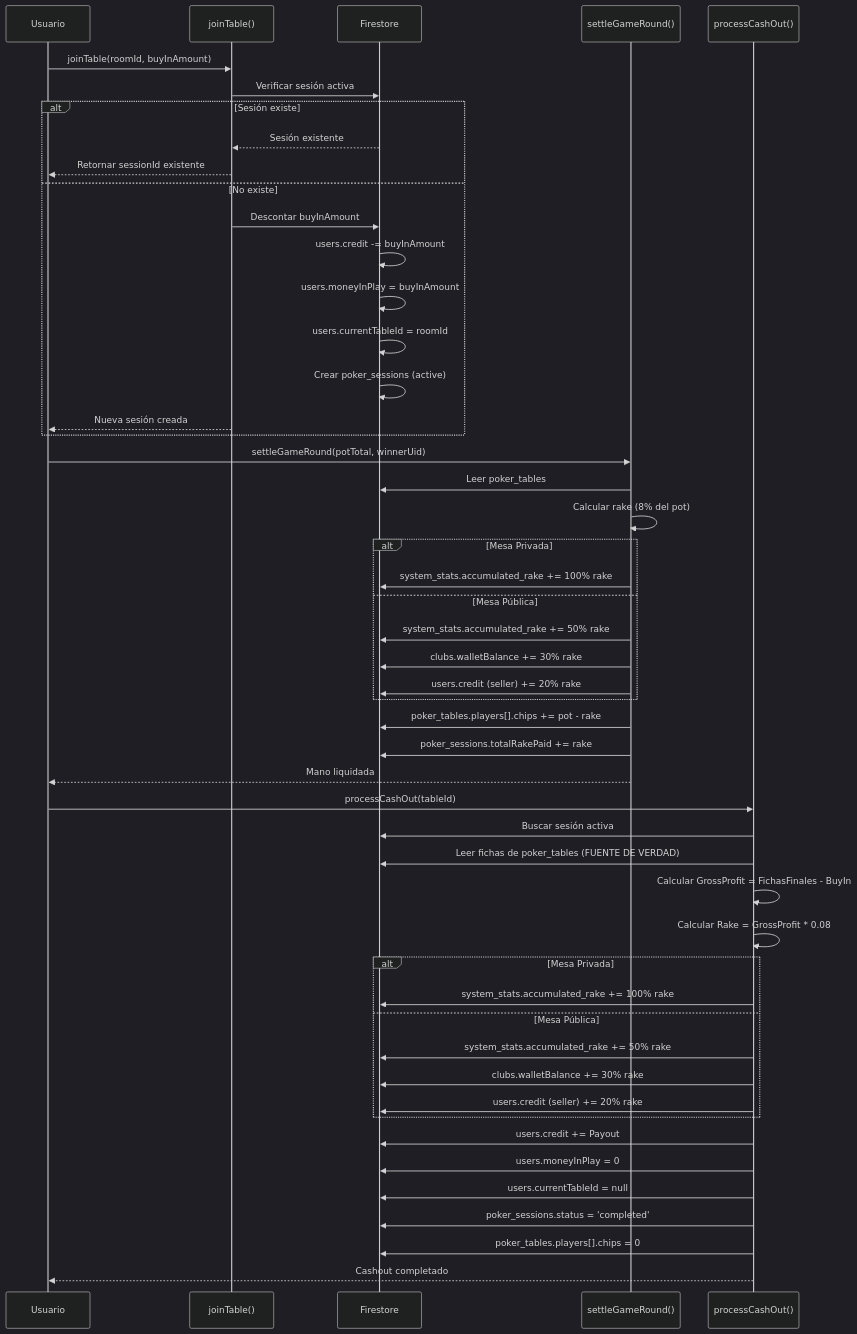
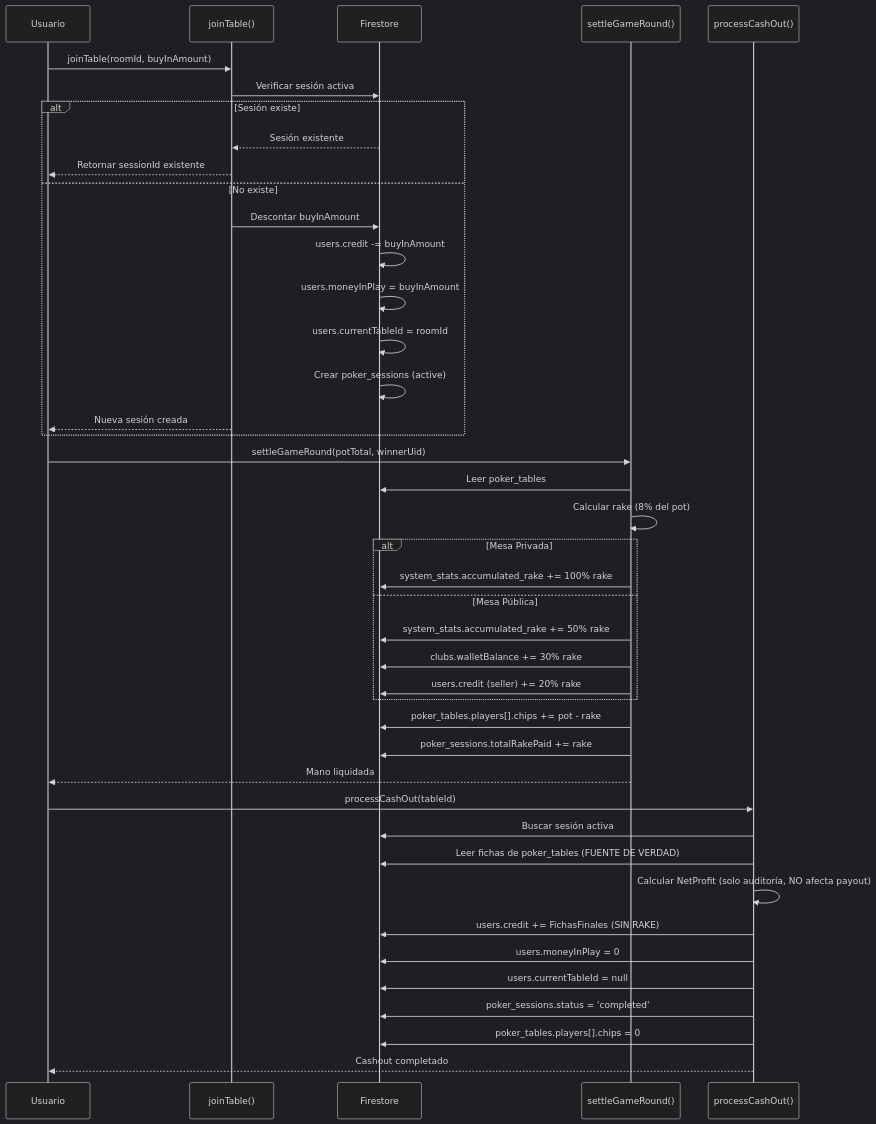
One commit to ManitosXpress/PokerImperial changed the fifth of 5 diagrams in DIAGRAMA_CICLO_ECONOMICO.md. Above: the diagram before and after it, drawn with Mermaid (dark theme). The commit also changed other lines of this file and 5 other files, not shown here.

````diff
--- a/DIAGRAMA_CICLO_ECONOMICO.md
+++ b/DIAGRAMA_CICLO_ECONOMICO.md
@@ -240,55 +240,47 @@
 ```mermaid
 sequenceDiagram
     participant U as Usuario
     participant J as joinTable()
     participant DB as Firestore
     participant S as settleGameRound()
     participant C as processCashOut()
     
     U->>J: joinTable(roomId, buyInAmount)
     J->>DB: Verificar sesión activa
     alt Sesión existe
         DB-->>J: Sesión existente
         J-->>U: Retornar sessionId existente
     else No existe
         J->>DB: Descontar buyInAmount
         DB->>DB: users.credit -= buyInAmount
         DB->>DB: users.moneyInPlay = buyInAmount
         DB->>DB: users.currentTableId = roomId
         DB->>DB: Crear poker_sessions (active)
         J-->>U: Nueva sesión creada
     end
     
     U->>S: settleGameRound(potTotal, winnerUid)
     S->>DB: Leer poker_tables
     S->>S: Calcular rake (8% del pot)
     alt Mesa Privada
         S->>DB: system_stats.accumulated_rake += 100% rake
     else Mesa Pública
         S->>DB: system_stats.accumulated_rake += 50% rake
         S->>DB: clubs.walletBalance += 30% rake
         S->>DB: users.credit (seller) += 20% rake
     end
     S->>DB: poker_tables.players[].chips += pot - rake
     S->>DB: poker_sessions.totalRakePaid += rake
     S-->>U: Mano liquidada
     
     U->>C: processCashOut(tableId)
     C->>DB: Buscar sesión activa
     C->>DB: Leer fichas de poker_tables (FUENTE DE VERDAD)
-    C->>C: Calcular GrossProfit = FichasFinales - BuyIn
-    C->>C: Calcular Rake = GrossProfit * 0.08
-    alt Mesa Privada
-        C->>DB: system_stats.accumulated_rake += 100% rake
-    else Mesa Pública
-        C->>DB: system_stats.accumulated_rake += 50% rake
-        C->>DB: clubs.walletBalance += 30% rake
-        C->>DB: users.credit (seller) += 20% rake
-    end
-    C->>DB: users.credit += Payout
+    C->>C: Calcular NetProfit (solo auditoría, NO afecta payout)
+    C->>DB: users.credit += FichasFinales (SIN RAKE)
     C->>DB: users.moneyInPlay = 0
     C->>DB: users.currentTableId = null
     C->>DB: poker_sessions.status = 'completed'
     C->>DB: poker_tables.players[].chips = 0
     C-->>U: Cashout completado
 ```
````
